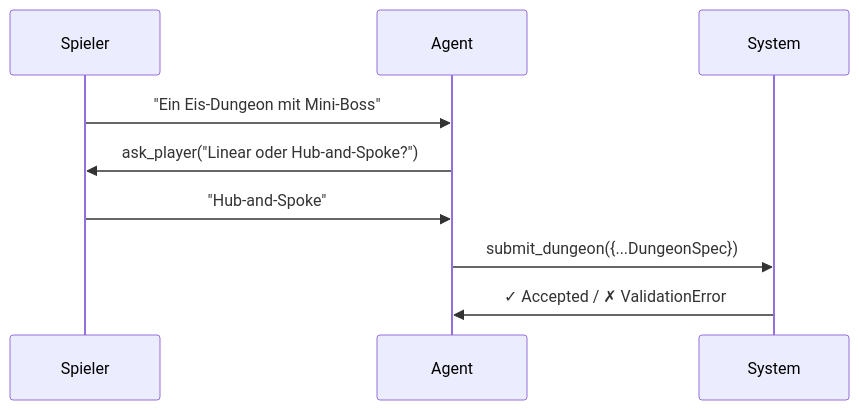
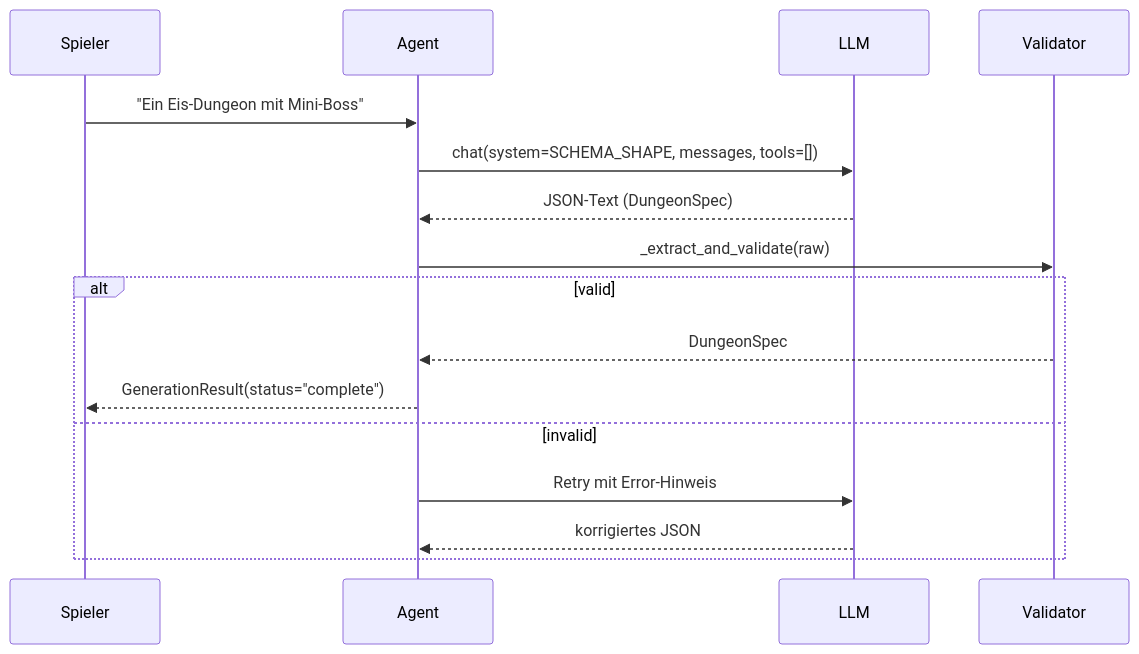
Before and after one commit to Marvbuster/squadala: the diagram in .wiki/articles/features/llm-agent.md, drawn with Mermaid. The commit also changed other lines of this file and 5 other files, not shown here.

````diff
--- a/.wiki/articles/features/llm-agent.md
+++ b/.wiki/articles/features/llm-agent.md
@@ -28,8 +29,14 @@
 ```mermaid
 sequenceDiagram
     Spieler->>Agent: "Ein Eis-Dungeon mit Mini-Boss"
-    Agent->>Spieler: ask_player("Linear oder Hub-and-Spoke?")
-    Spieler->>Agent: "Hub-and-Spoke"
-    Agent->>System: submit_dungeon({...DungeonSpec})
-    System->>Agent: ✓ Accepted / ✗ ValidationError
+    Agent->>LLM: chat(system=SCHEMA_SHAPE, messages, tools=[])
+    LLM-->>Agent: JSON-Text (DungeonSpec)
+    Agent->>Validator: _extract_and_validate(raw)
+    alt valid
+        Validator-->>Agent: DungeonSpec
+        Agent-->>Spieler: GenerationResult(status="complete")
+    else invalid
+        Agent->>LLM: Retry mit Error-Hinweis
+        LLM-->>Agent: korrigiertes JSON
+    end
 ```
````
